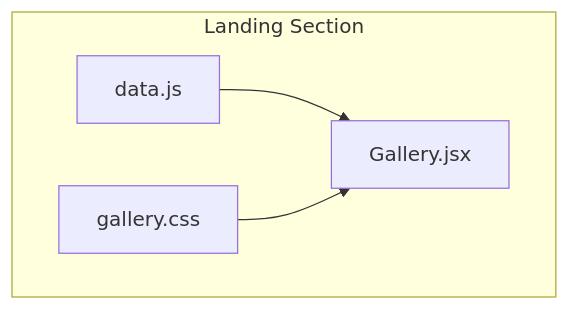
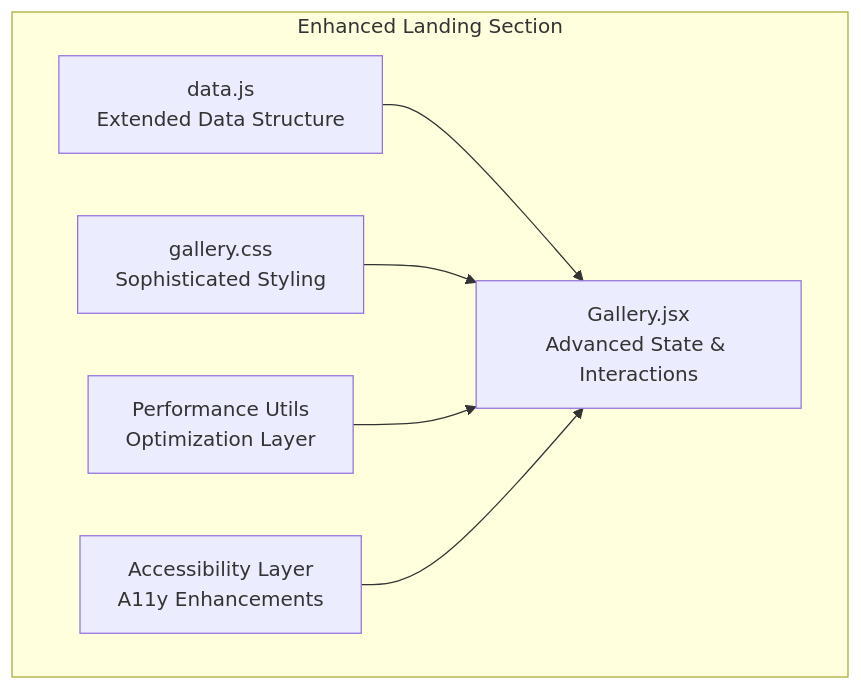
One commit to Theja4/podiummomentum changed the first of 4 diagrams in .qoder/repowiki/en/content/Component Architecture/Landing Page Components/Gallery Components.md. Above: the diagram before and after it, drawn with Mermaid. The commit also changed other lines of this file and 24 other files, not shown here.

Commit message:
Update voice agent, gallery, hero, landing components and styling refinements

````diff
--- a/.qoder/repowiki/en/content/Component Architecture/Landing Page Components/Gallery Components.md
+++ b/.qoder/repowiki/en/content/Component Architecture/Landing Page Components/Gallery Components.md
@@ -31,10 +41,14 @@
 ```mermaid
 graph TB
-subgraph "Landing Section"
-G["Gallery.jsx"]
-D["data.js"]
-C["gallery.css"]
+subgraph "Enhanced Landing Section"
+G["Gallery.jsx<br/>Advanced State & Interactions"]
+D["data.js<br/>Extended Data Structure"]
+C["gallery.css<br/>Sophisticated Styling"]
+P["Performance Utils<br/>Optimization Layer"]
+A["Accessibility Layer<br/>A11y Enhancements"]
 end
 D --> G
 C --> G
+P --> G
+A --> G
 ```
````
